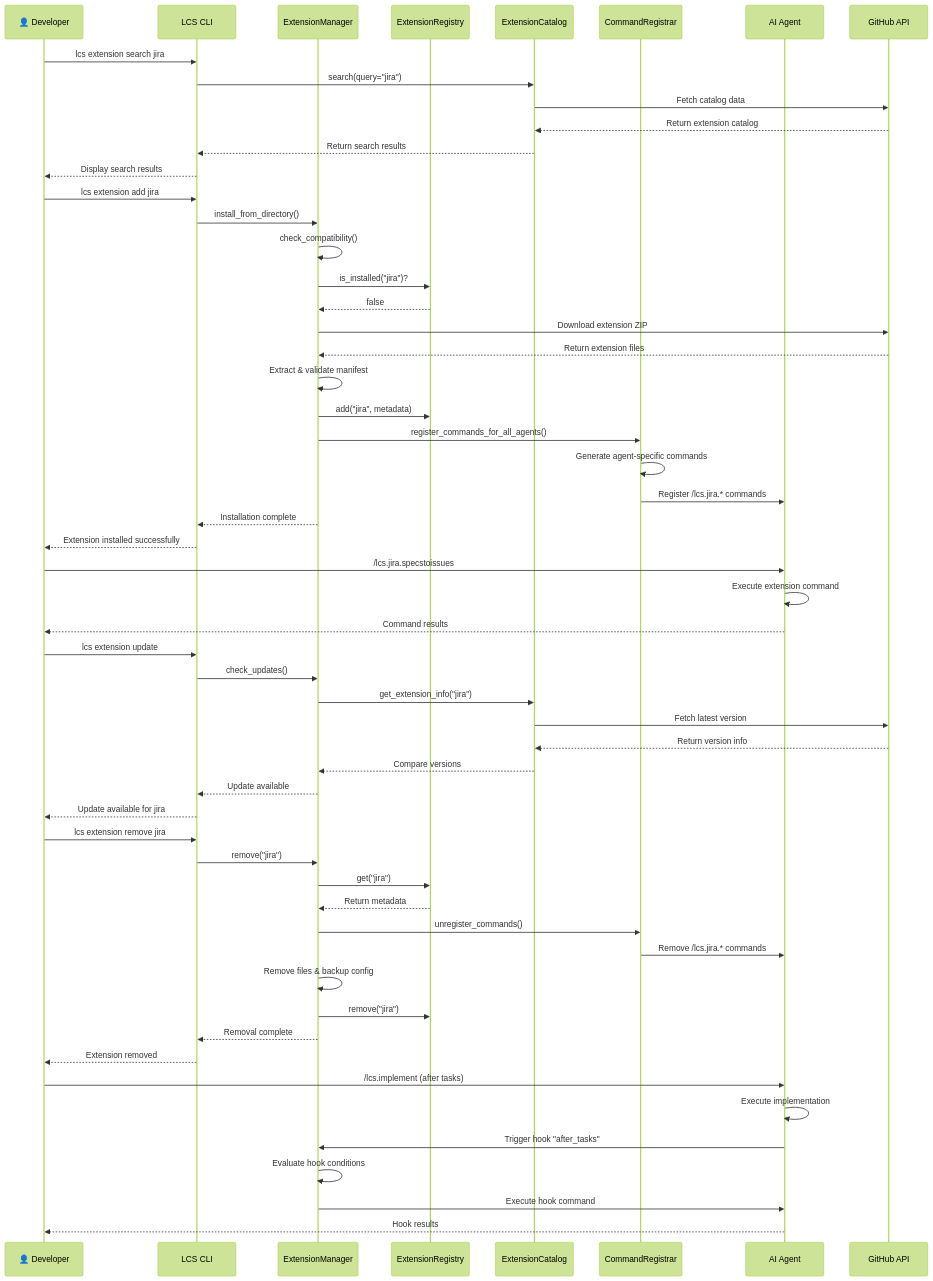
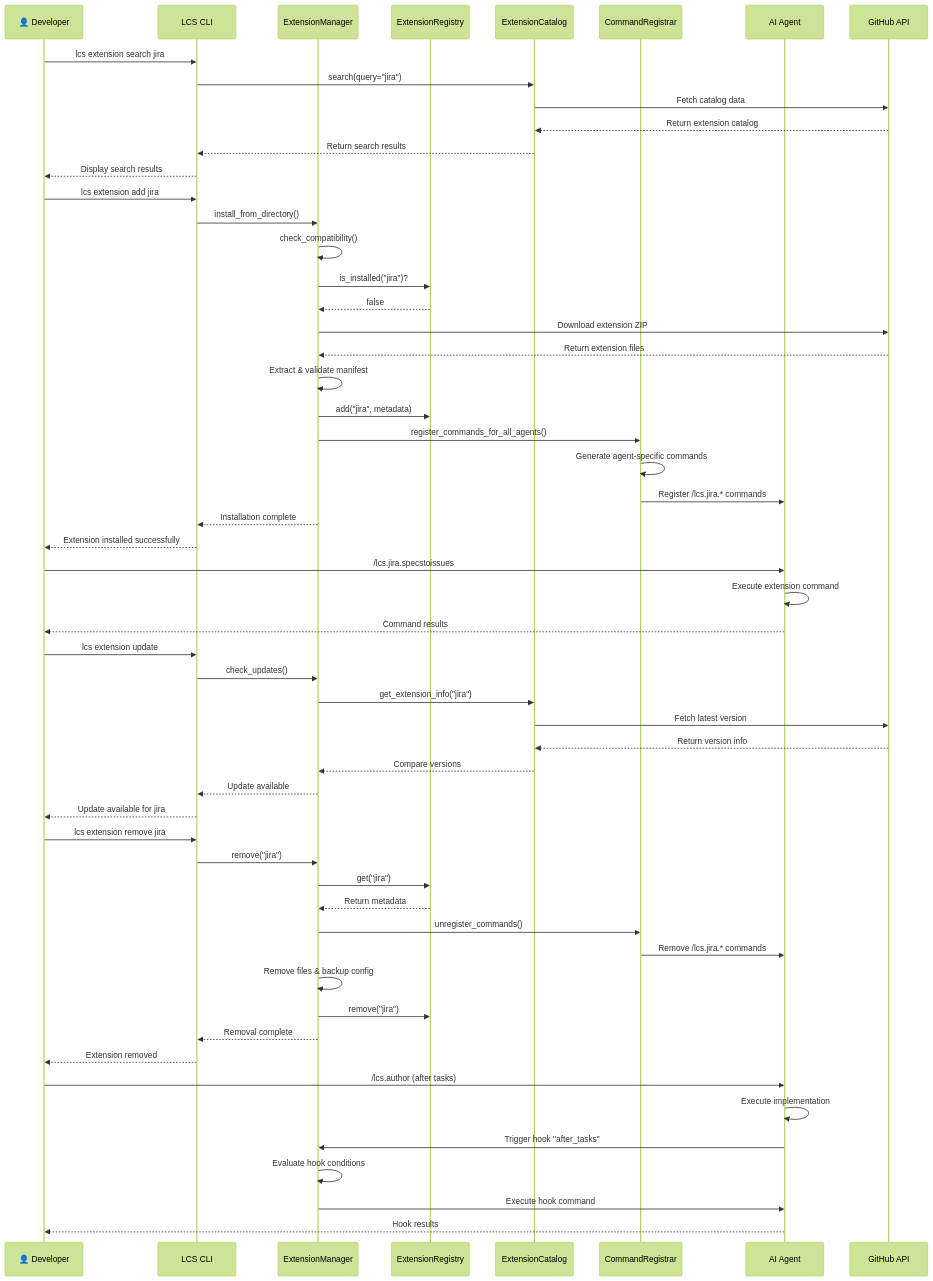
One commit to maemreyo/learning-content-specifier changed the diagram in docs/system/architect/extension-system-sequence.md. Above: the diagram before and after it, drawn with Mermaid (forest theme). The commit also changed 48 other files, not shown here.

````diff
--- a/docs/system/architect/extension-system-sequence.md
+++ b/docs/system/architect/extension-system-sequence.md
@@ -1,70 +1,70 @@
 ```mermaid
 sequenceDiagram
     participant User as 👤 Developer
     participant CLI as LCS CLI
     participant ExtMgr as ExtensionManager
     participant ExtReg as ExtensionRegistry
     participant ExtCat as ExtensionCatalog
     participant CmdReg as CommandRegistrar
     participant Agent as AI Agent
     participant GitHub as GitHub API
 
     %% Extension Discovery & Search
     User->>CLI: lcs extension search jira
     CLI->>ExtCat: search(query="jira")
     ExtCat->>GitHub: Fetch catalog data
     GitHub-->>ExtCat: Return extension catalog
     ExtCat-->>CLI: Return search results
     CLI-->>User: Display search results
 
     %% Extension Installation
     User->>CLI: lcs extension add jira
     CLI->>ExtMgr: install_from_directory()
     ExtMgr->>ExtMgr: check_compatibility()
     ExtMgr->>ExtReg: is_installed("jira")?
     ExtReg-->>ExtMgr: false
     ExtMgr->>GitHub: Download extension ZIP
     GitHub-->>ExtMgr: Return extension files
     ExtMgr->>ExtMgr: Extract & validate manifest
     ExtMgr->>ExtReg: add("jira", metadata)
     ExtMgr->>CmdReg: register_commands_for_all_agents()
     CmdReg->>CmdReg: Generate agent-specific commands
     CmdReg->>Agent: Register /lcs.jira.* commands
     ExtMgr-->>CLI: Installation complete
     CLI-->>User: Extension installed successfully
 
     %% Extension Usage
     User->>Agent: /lcs.jira.specstoissues
     Agent->>Agent: Execute extension command
     Agent-->>User: Command results
 
     %% Extension Update Check
     User->>CLI: lcs extension update
     CLI->>ExtMgr: check_updates()
     ExtMgr->>ExtCat: get_extension_info("jira")
     ExtCat->>GitHub: Fetch latest version
     GitHub-->>ExtCat: Return version info
     ExtCat-->>ExtMgr: Compare versions
     ExtMgr-->>CLI: Update available
     CLI-->>User: Update available for jira
 
     %% Extension Removal
     User->>CLI: lcs extension remove jira
     CLI->>ExtMgr: remove("jira")
     ExtMgr->>ExtReg: get("jira")
     ExtReg-->>ExtMgr: Return metadata
     ExtMgr->>CmdReg: unregister_commands()
     CmdReg->>Agent: Remove /lcs.jira.* commands
     ExtMgr->>ExtMgr: Remove files & backup config
     ExtMgr->>ExtReg: remove("jira")
     ExtMgr-->>CLI: Removal complete
     CLI-->>User: Extension removed
 
     %% Hook Execution
-    User->>Agent: /lcs.implement (after tasks)
+    User->>Agent: /lcs.author (after tasks)
     Agent->>Agent: Execute implementation
     Agent->>ExtMgr: Trigger hook "after_tasks"
     ExtMgr->>ExtMgr: Evaluate hook conditions
     ExtMgr->>Agent: Execute hook command
     Agent-->>User: Hook results
 ```
````
